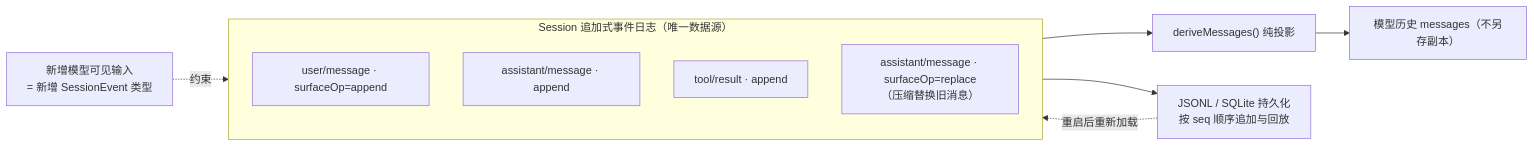
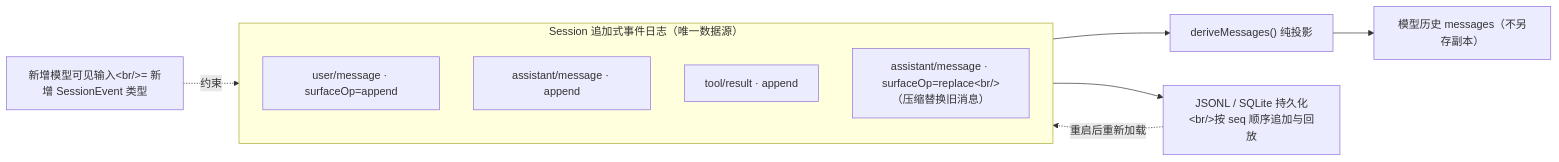
Before and after one commit to ZZKeepCurious/mini-deepseek-harness-python: the fifth of 9 diagrams in docs/report/02-architecture.md, drawn with Mermaid. The commit also changed other lines of this file and 27 other files, not shown here.

````diff
--- a/docs/report/02-architecture.md
+++ b/docs/report/02-architecture.md
@@ -205,17 +205,17 @@
 ```mermaid
 flowchart LR
   subgraph LOG["Session 追加式事件日志（唯一数据源）"]
     direction TB
     E1["user/message · surfaceOp=append"]
     E2["assistant/message · append"]
     E3["tool/result · append"]
-    E4["assistant/message · surfaceOp=replace<br/>（压缩替换旧消息）"]
+    E4["assistant/message · surfaceOp=replace&lt;br/&gt;（压缩替换旧消息）"]
   end
   PROJ["deriveMessages() 纯投影"]
   HIST["模型历史 messages（不另存副本）"]
-  PERS["JSONL / SQLite 持久化<br/>按 seq 顺序追加与回放"]
-  NEWEV["新增模型可见输入<br/>= 新增 SessionEvent 类型"] -.约束.-> LOG
+  PERS["JSONL / SQLite 持久化&lt;br/&gt;按 seq 顺序追加与回放"]
+  NEWEV["新增模型可见输入&lt;br/&gt;= 新增 SessionEvent 类型"] -.约束.-> LOG
   LOG --> PROJ --> HIST
   LOG --> PERS
   PERS -.重启后重新加载.-> LOG
 ```
````
